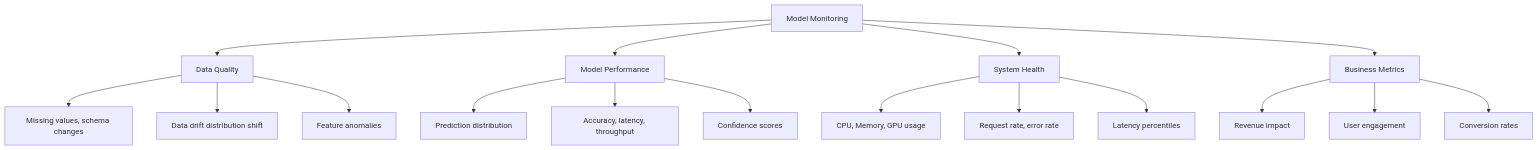
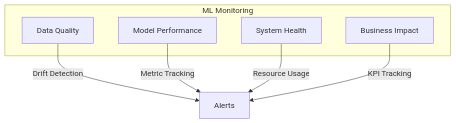
One commit to vanos001/placement_prep changed the first of 3 diagrams in src/ml/mlops/monitoring.md. Above: the diagram before and after it, drawn with Mermaid. The commit also changed other lines of this file and 43 other files, not shown here.

````diff
--- a/src/ml/mlops/monitoring.md
+++ b/src/ml/mlops/monitoring.md
@@ -9,19 +9,14 @@
 ```mermaid
-graph TD
-    A[Model Monitoring] --> B[Data Quality]
-    A --> C[Model Performance]
-    A --> D[System Health]
-    A --> E[Business Metrics]
-    B --> B1[Missing values, schema changes]
-    B --> B2[Data drift distribution shift]
-    B --> B3[Feature anomalies]
-    C --> C1[Prediction distribution]
-    C --> C2[Accuracy, latency, throughput]
-    C --> C3[Confidence scores]
-    D --> D1[CPU, Memory, GPU usage]
-    D --> D2[Request rate, error rate]
-    D --> D3[Latency percentiles]
-    E --> E1[Revenue impact]
-    E --> E2[User engagement]
-    E --> E3[Conversion rates]
+graph TB
+    subgraph "ML Monitoring"
+        D[Data Quality]
+        M[Model Performance]
+        S[System Health]
+        B[Business Impact]
+    end
+    
+    D --> |Drift Detection| A[Alerts]
+    M --> |Metric Tracking| A
+    S --> |Resource Usage| A
+    B --> |KPI Tracking| A
 ```
````
